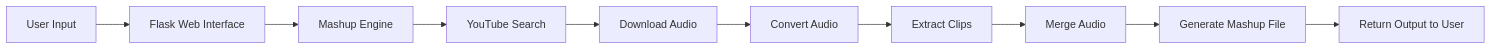
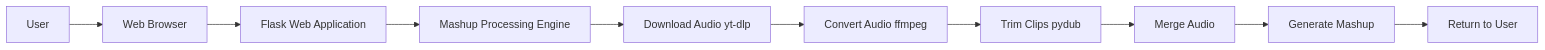
The first of 4 diagrams in README.md (Manleen123-dev/Mashup_102303599), drawn with Mermaid before and after one commit. The commit also changed other lines of this file, not shown here.

````diff
--- a/README.md
+++ b/README.md
@@ -33,12 +22,12 @@
 ``` mermaid
 flowchart LR
-    A[User Input] --> B[Flask Web Interface]
-    B --> C[Mashup Engine]
-    C --> D[YouTube Search]
-    D --> E[Download Audio]
-    E --> F[Convert Audio]
-    F --> G[Extract Clips]
+    A[User] --> B[Web Browser]
+    B --> C[Flask Web Application]
+    C --> D[Mashup Processing Engine]
+    D --> E[Download Audio yt-dlp]
+    E --> F[Convert Audio ffmpeg]
+    F --> G[Trim Clips pydub]
     G --> H[Merge Audio]
-    H --> I[Generate Mashup File]
-    I --> J[Return Output to User]
+    H --> I[Generate Mashup]
+    I --> J[Return to User]
 ```
````
